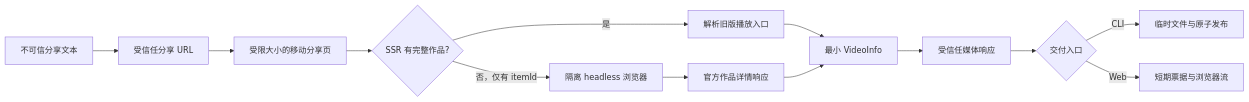
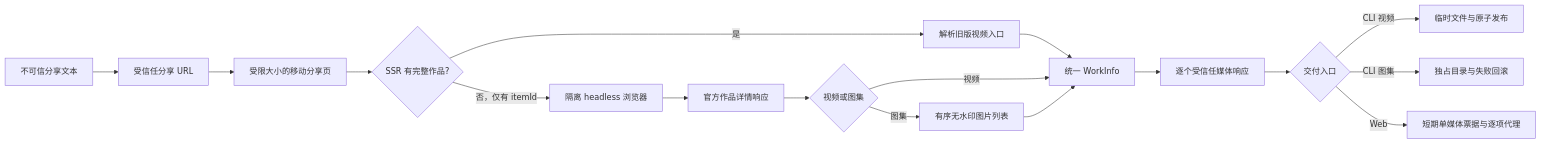
One commit to iheCoder/Lib changed the diagram in utils/tk_downloader/ARCHITECTURE.md. Above: the diagram before and after it, drawn with Mermaid. The commit also changed other lines of this file and 16 other files, not shown here.

````diff
--- a/utils/tk_downloader/ARCHITECTURE.md
+++ b/utils/tk_downloader/ARCHITECTURE.md
@@ -40,15 +41,19 @@
 ```mermaid
 flowchart LR
     A[不可信分享文本] --> B[受信任分享 URL]
     B --> C[受限大小的移动分享页]
     C --> D{SSR 有完整作品?}
-    D -->|是| E[解析旧版播放入口]
+    D -->|是| E[解析旧版视频入口]
     D -->|否，仅有 itemId| F[隔离 headless 浏览器]
     F --> G[官方作品详情响应]
-    E --> H[最小 VideoInfo]
-    G --> H
-    H --> I[受信任媒体响应]
+    E --> H[统一 WorkInfo]
+    G --> X{视频或图集}
+    X -->|视频| H
+    X -->|图集| Y[有序无水印图片列表]
+    Y --> H
+    H --> I[逐个受信任媒体响应]
     I --> J{交付入口}
-    J -->|CLI| K[临时文件与原子发布]
-    J -->|Web| L[短期票据与浏览器流]
+    J -->|CLI 视频| K[临时文件与原子发布]
+    J -->|CLI 图集| M[独占目录与失败回滚]
+    J -->|Web| L[短期单媒体票据与逐项代理]
 ```
````
